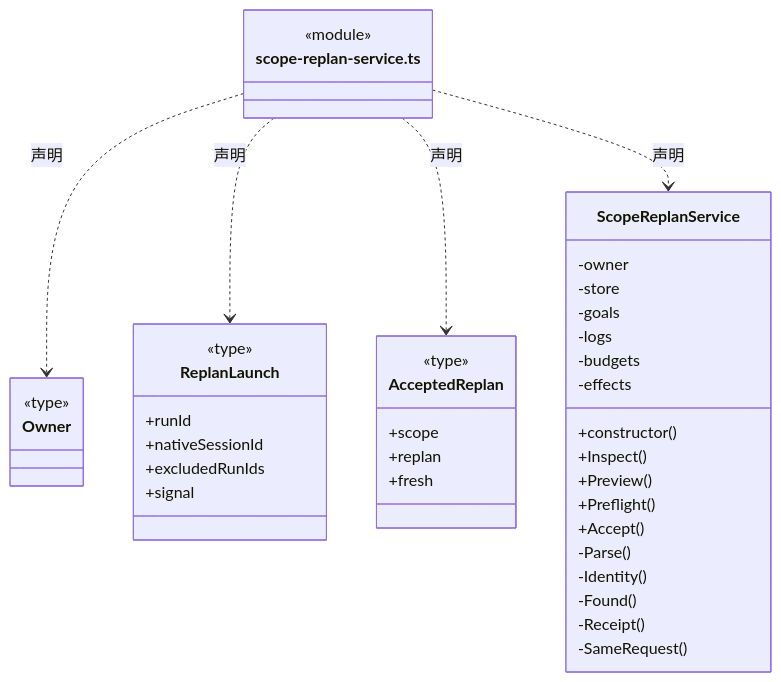
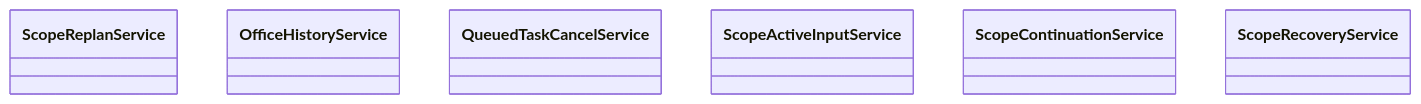
One commit to nan023062/cbim changed the second of 3 diagrams in src/logic/tasks/runtime/ARCHITECTURE.md. Above: the diagram before and after it, drawn with Mermaid. The commit also changed other lines of this file and 158 other files, not shown here.

Commit message:
docs: model architecture through nested virtual encapsulations

````diff
--- a/src/logic/tasks/runtime/ARCHITECTURE.md
+++ b/src/logic/tasks/runtime/ARCHITECTURE.md
@@ -603,45 +56,15 @@
 ```mermaid
 classDiagram
-class N_src_logic_tasks_runtime_scope_replan_service_ts["scope-replan-service.ts"] {
-  <<module>>
-}
-class N_src_logic_tasks_runtime_scope_replan_service_ts_Owner["Owner"] {
-  <<type>>
-
-}
-N_src_logic_tasks_runtime_scope_replan_service_ts ..> N_src_logic_tasks_runtime_scope_replan_service_ts_Owner : 声明
-class N_src_logic_tasks_runtime_scope_replan_service_ts_ReplanLaunch["ReplanLaunch"] {
-  <<type>>
-  +runId
-  +nativeSessionId
-  +excludedRunIds
-  +signal
-}
-N_src_logic_tasks_runtime_scope_replan_service_ts ..> N_src_logic_tasks_runtime_scope_replan_service_ts_ReplanLaunch : 声明
-class N_src_logic_tasks_runtime_scope_replan_service_ts_AcceptedReplan["AcceptedReplan"] {
-  <<type>>
-  +scope
-  +replan
-  +fresh
-}
-N_src_logic_tasks_runtime_scope_replan_service_ts ..> N_src_logic_tasks_runtime_scope_replan_service_ts_AcceptedReplan : 声明
-class N_src_logic_tasks_runtime_scope_replan_service_ts_ScopeReplanService["ScopeReplanService"] {
-  +constructor()
-  +Inspect()
-  +Preview()
-  +Preflight()
-  +Accept()
-  -owner
-  -store
-  -goals
-  -logs
-  -budgets
-  -effects
-  -Parse()
-  -Identity()
-  -Found()
-  -Receipt()
-  -SameRequest()
-}
-N_src_logic_tasks_runtime_scope_replan_service_ts ..> N_src_logic_tasks_runtime_scope_replan_service_ts_ScopeReplanService : 声明
+class N_c7f2f3cfe623["ScopeReplanService"]
+click N_c7f2f3cfe623 href "scope-replan-service.ts"
+class N_20687f1596f4["OfficeHistoryService"]
+click N_20687f1596f4 href "office-history-service.ts"
+class N_f0afaf88777e["QueuedTaskCancelService"]
+click N_f0afaf88777e href "queued-task-cancel-service.ts"
+class N_5feac5c52e8e["ScopeActiveInputService"]
+click N_5feac5c52e8e href "scope-active-input-service.ts"
+class N_1c36c3bbf3d3["ScopeContinuationService"]
+click N_1c36c3bbf3d3 href "scope-continuation-service.ts"
+class N_ca6b4278c2aa["ScopeRecoveryService"]
+click N_ca6b4278c2aa href "scope-recovery-service.ts"
 ```
````
